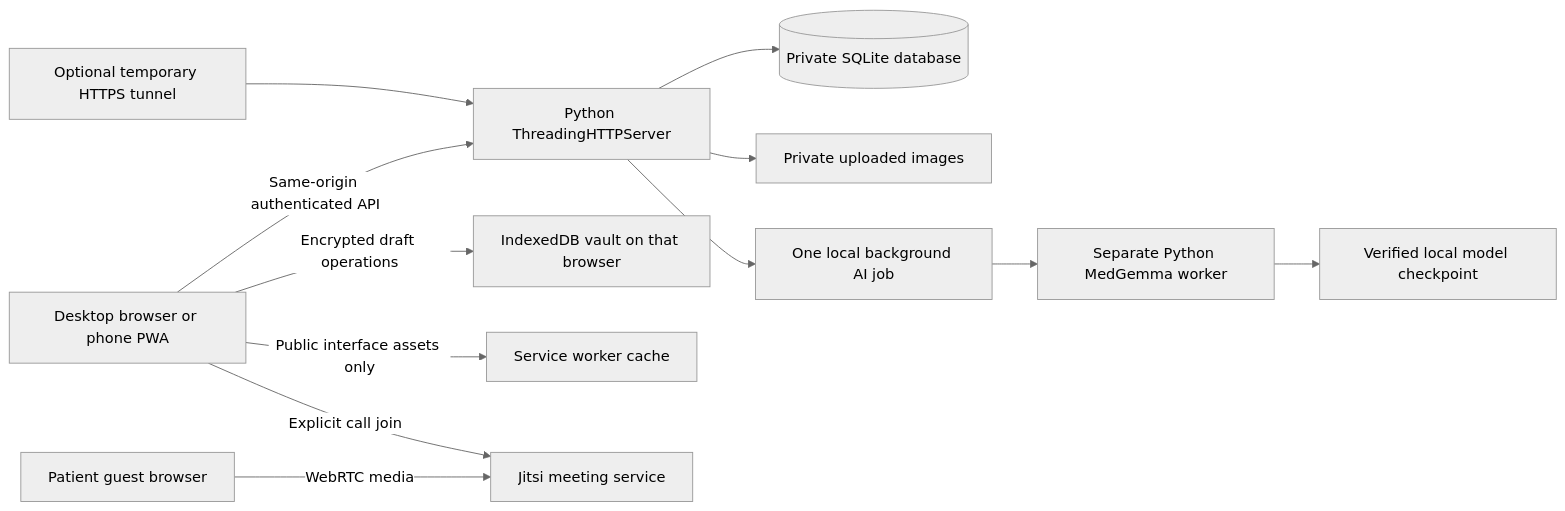
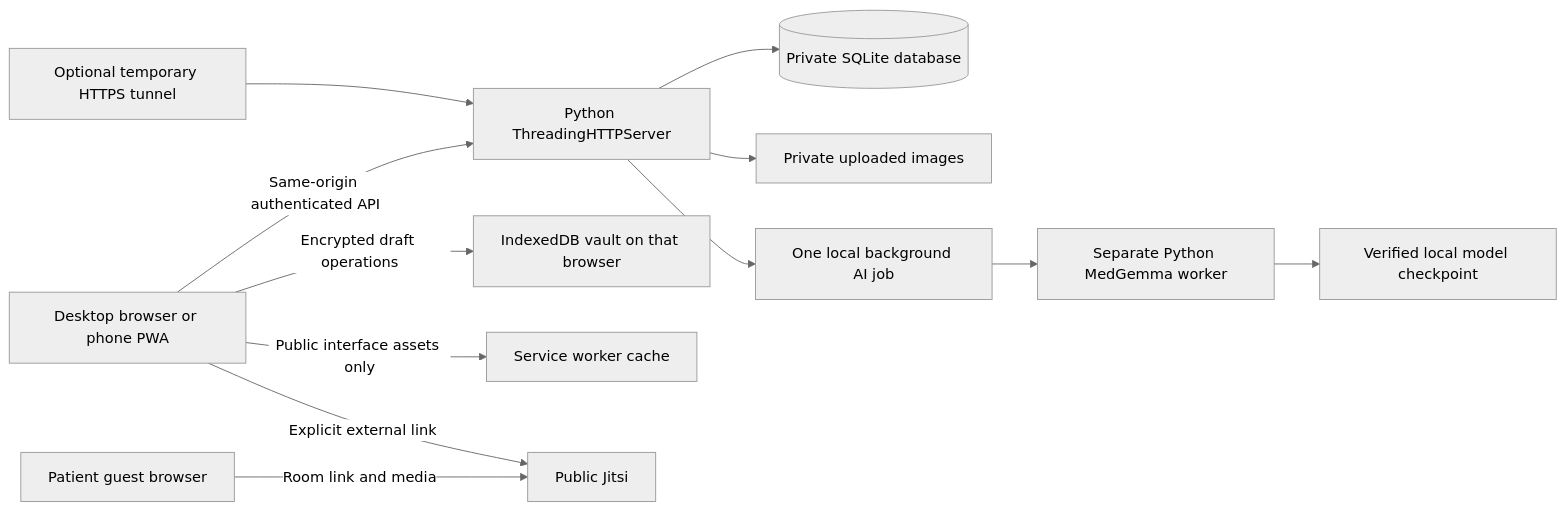
The diagram in docs/ARCHITECTURE.md (marriamrutha64-sudo/ITDA-NEW-PROJECT), drawn with Mermaid (neutral theme) before and after one commit. The commit also changed other lines of this file and 87 other files, not shown here.

````diff
--- a/docs/ARCHITECTURE.md
+++ b/docs/ARCHITECTURE.md
@@ -7,14 +7,14 @@
 ```mermaid
 flowchart LR
   Browser[Desktop browser or phone PWA] -->|Same-origin authenticated API| App[Python ThreadingHTTPServer]
   Browser -->|Encrypted draft operations| Vault[IndexedDB vault on that browser]
   Browser -->|Public interface assets only| Shell[Service worker cache]
   App --> DB[(Private SQLite database)]
   App --> Images[Private uploaded images]
   App --> Jobs[One local background AI job]
   Jobs --> Worker[Separate Python MedGemma worker]
   Worker --> Weights[Verified local model checkpoint]
-  Browser -->|Explicit call join| Jitsi[Jitsi meeting service]
-  Guest[Patient guest browser] -->|WebRTC media| Jitsi
+  Browser -->|Explicit external link| Jitsi[Public Jitsi]
+  Guest[Patient guest browser] -->|Room link and media| Jitsi
   Tunnel[Optional temporary HTTPS tunnel] --> App
 ```
````
